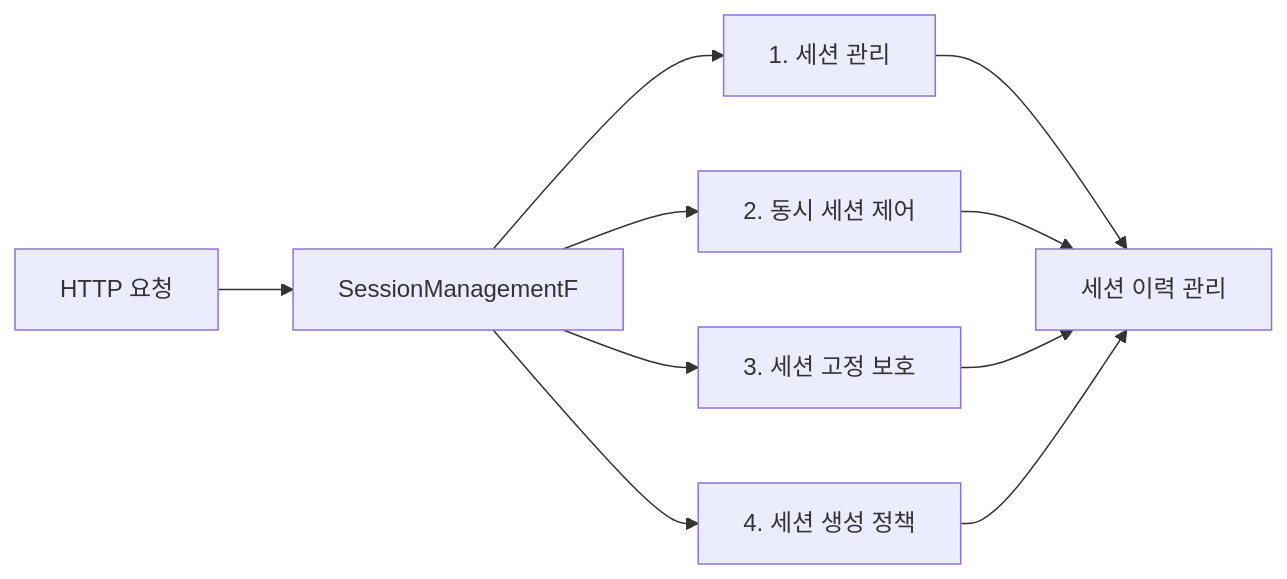
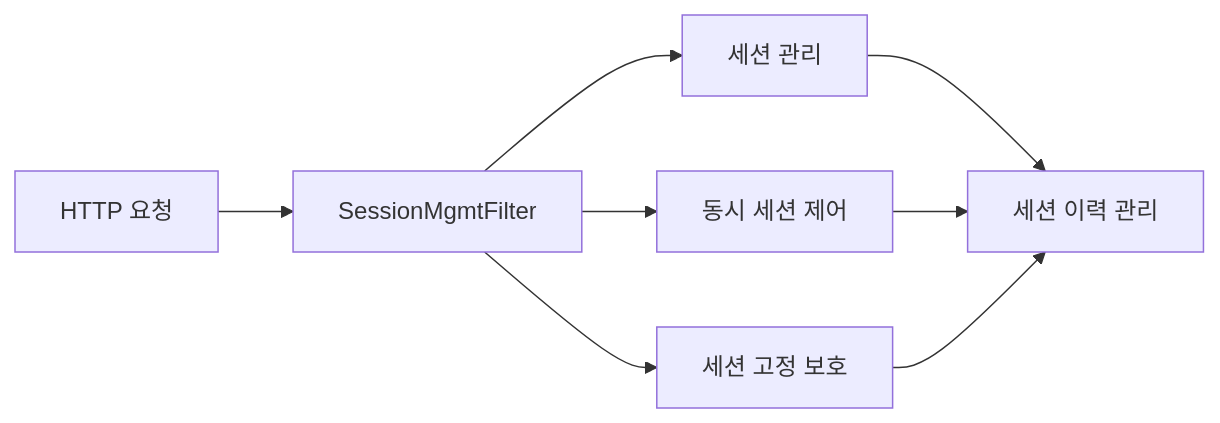
One commit to yjkim2015/yjkim2015.github.io changed the first of 4 diagrams in _posts/security/2021-02-18-세션 제어 필터.md. Above: the diagram before and after it, drawn with Mermaid. The commit also changed other lines of this file and 163 other files, not shown here.

First line of the commit message:
Mermaid 300개 블록 내용 축소: 5노드 5엣지 이하, 의미 있는 약어

````diff
--- a/_posts/security/2021-02-18-세션 제어 필터.md
+++ b/_posts/security/2021-02-18-세션 제어 필터.md
@@ -20,12 +20,8 @@
 ```mermaid
-flowchart LR
-    A["HTTP 요청"] --> B["SessionManagementF"]
-    B --> C["1. 세션 관리"]
-    B --> D["2. 동시 세션 제어"]
-    B --> E["3. 세션 고정 보호"]
-    B --> F["4. 세션 생성 정책"]
-    C --> G["세션 이력 관리"]
-    D --> G
-    E --> G
-    F --> G
+graph LR
+    A["HTTP 요청"] --> B["SessionMgmtFilter"]
+    B --> C["세션 관리"]
+    B --> D["동시 세션 제어"]
+    B --> E["세션 고정 보호"]
+    C & D & E --> G["세션 이력 관리"]
 ```
````
